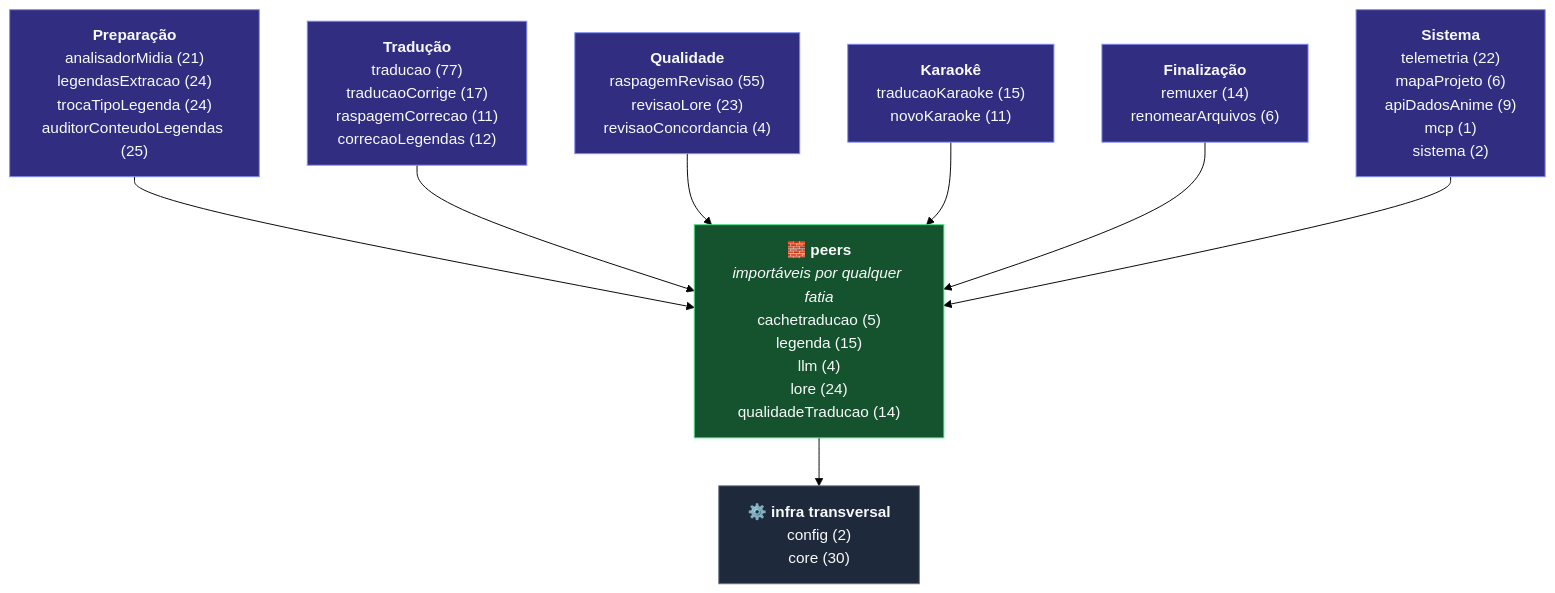
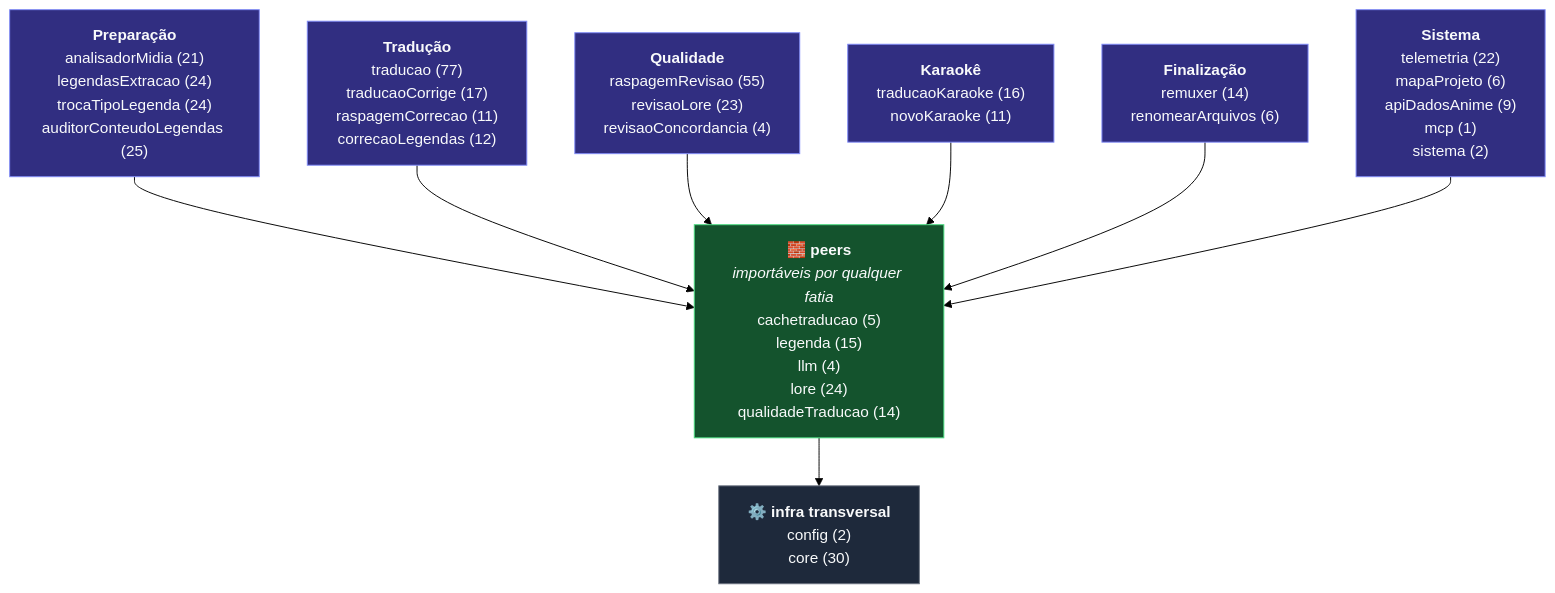
One commit to carmipa/traducao_animes_llm_local_quarkus-1 changed the diagram in docs/ref-esqueleto-projeto.md. Above: the diagram before and after it, drawn with Mermaid (forest theme). The commit also changed other lines of this file and 3 other files, not shown here.

````diff
--- a/docs/ref-esqueleto-projeto.md
+++ b/docs/ref-esqueleto-projeto.md
@@ -36,21 +36,21 @@
 ```mermaid
 graph TB
     G0["<b>Preparação</b><br/>analisadorMidia (21)<br/>legendasExtracao (24)<br/>trocaTipoLegenda (24)<br/>auditorConteudoLegendas (25)"]:::fatia
     G1["<b>Tradução</b><br/>traducao (77)<br/>traducaoCorrige (17)<br/>raspagemCorrecao (11)<br/>correcaoLegendas (12)"]:::fatia
     G2["<b>Qualidade</b><br/>raspagemRevisao (55)<br/>revisaoLore (23)<br/>revisaoConcordancia (4)"]:::fatia
-    G3["<b>Karaokê</b><br/>traducaoKaraoke (15)<br/>novoKaraoke (11)"]:::fatia
+    G3["<b>Karaokê</b><br/>traducaoKaraoke (16)<br/>novoKaraoke (11)"]:::fatia
     G4["<b>Finalização</b><br/>remuxer (14)<br/>renomearArquivos (6)"]:::fatia
     G5["<b>Sistema</b><br/>telemetria (22)<br/>mapaProjeto (6)<br/>apiDadosAnime (9)<br/>mcp (1)<br/>sistema (2)"]:::fatia
     PEERS["<b>🧱 peers</b><br/><i>importáveis por qualquer fatia</i><br/>cachetraducao (5)<br/>legenda (15)<br/>llm (4)<br/>lore (24)<br/>qualidadeTraducao (14)"]:::peer
     BASE["<b>⚙️ infra transversal</b><br/>config (2)<br/>core (30)"]:::base
     G0 --> PEERS
     G1 --> PEERS
     G2 --> PEERS
     G3 --> PEERS
     G4 --> PEERS
     G5 --> PEERS
     PEERS --> BASE
     classDef fatia fill:#312e81,stroke:#818CF8,color:#F9FAFB
     classDef peer fill:#14532d,stroke:#4ADE80,color:#F9FAFB
     classDef base fill:#1e293b,stroke:#6B7280,color:#F9FAFB
 ```
````
